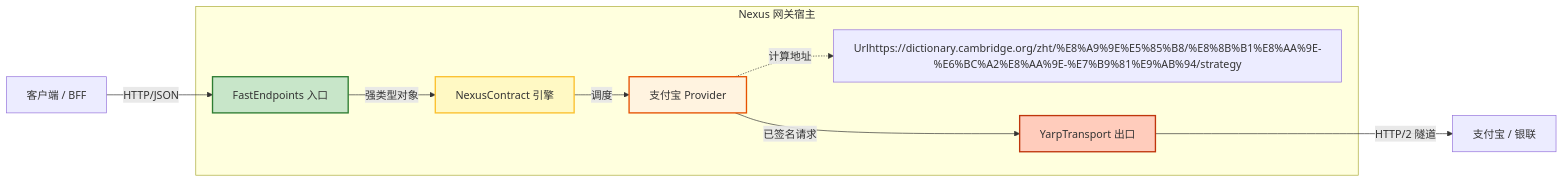
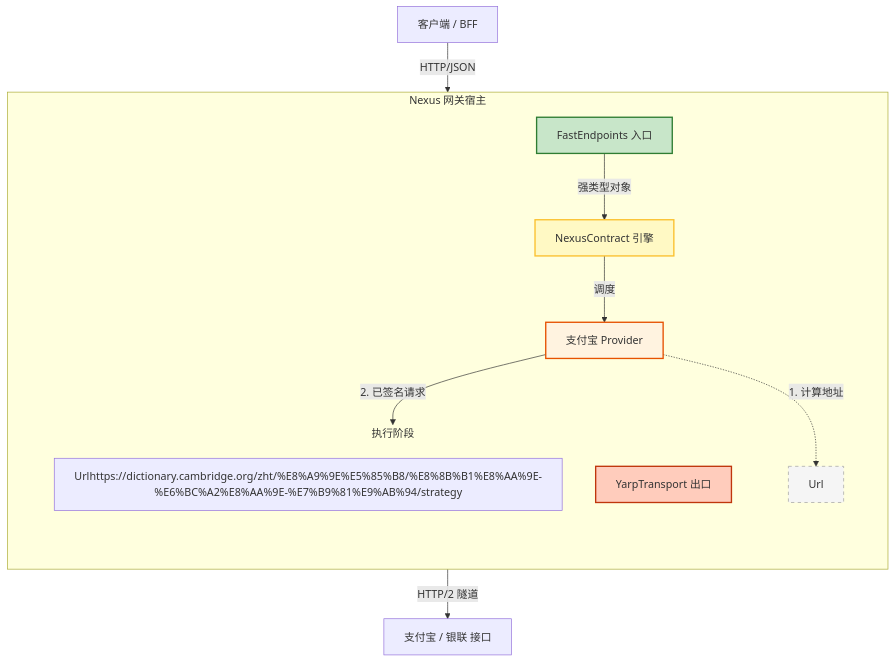
One commit to NexusContract/PubSoft.NexusContract changed the diagram in docs/ARCHITECTURE_BLUEPRINT.zh-CN.md. Above: the diagram before and after it, drawn with Mermaid. The commit also changed 1 other file, not shown here.

Commit message:
docs: refine architecture blueprint with final implementation details
- Enhance English and Chinese architecture blueprints with complete code examples
- Add detailed interface definitions for INexusTransport and IUpstreamUrlBuilder
- Include comprehensive implementation patterns for providers and transports
- Document performance characteristics and developer experience
- Finalize blueprint for Q2 2026 implementation

````diff
--- a/docs/ARCHITECTURE_BLUEPRINT.zh-CN.md
+++ b/docs/ARCHITECTURE_BLUEPRINT.zh-CN.md
@@ -27,27 +27,43 @@
 ```mermaid
-graph LR
-    %% 外部世界
+graph TD
+    %% 1. 外部世界
     User[客户端 / BFF] -->|HTTP/JSON| FE[FastEndpoints 入口]
     
-    %% 网关宿主内部
+    %% 2. 网关宿主内部
     subgraph GatewayHost [Nexus 网关宿主]
+        direction TB
+        
+        %% 入口 -> 引擎
         FE -->|强类型对象| Core[NexusContract 引擎]
+        
+        %% 引擎 -> 业务逻辑
         Core -->|调度| Provider[支付宝 Provider]
         
-        %% 策略注入
-        Provider -.->|计算地址| Urlhttps://dictionary.cambridge.org/zht/%E8%A9%9E%E5%85%B8/%E8%8B%B1%E8%AA%9E-%E6%BC%A2%E8%AA%9E-%E7%B9%81%E9%AB%94/strategy
+        %% 业务逻辑 -> 执行阶段 (策略与基建)
+        %% 使用子图将底部元素在视觉上归拢
+        subgraph Execution [执行阶段]
+            direction TB
+            style Execution fill:none,stroke:none
+            
+            %% 策略注入 (辅助)
+            Urlhttps://dictionary.cambridge.org/zht/%E8%A9%9E%E5%85%B8/%E8%8B%B1%E8%AA%9E-%E6%BC%A2%E8%AA%9E-%E7%B9%81%E9%AB%94/strategy
+            
+            %% 出口传输
+            Yarp[YarpTransport 出口]
+        end
         
-        %% 传输层
-        Provider -->|已签名请求| Yarp[YarpTransport 出口]
+        Provider -.->|1. 计算地址| Url
+        Provider -->|2. 已签名请求| Yarp
     end
     
-    %% 上游世界
-    Yarp -->|HTTP/2 隧道| Upstream[支付宝 / 银联]
+    %% 3. 上游世界
+    Yarp -->|HTTP/2 隧道| Upstream[支付宝 / 银联 接口]
     
     %% 样式定义
     style FE fill:#c8e6c9,stroke:#2e7d32,stroke-width:2px
     style Core fill:#fff9c4,stroke:#fbc02d,stroke-width:2px
     style Provider fill:#fff3e0,stroke:#e65100,stroke-width:2px
     style Yarp fill:#ffccbc,stroke:#bf360c,stroke-width:2px
+    style Url fill:#f5f5f5,stroke:#9e9e9e,stroke-width:1px,stroke-dasharray: 5 5
 
 ```
````
